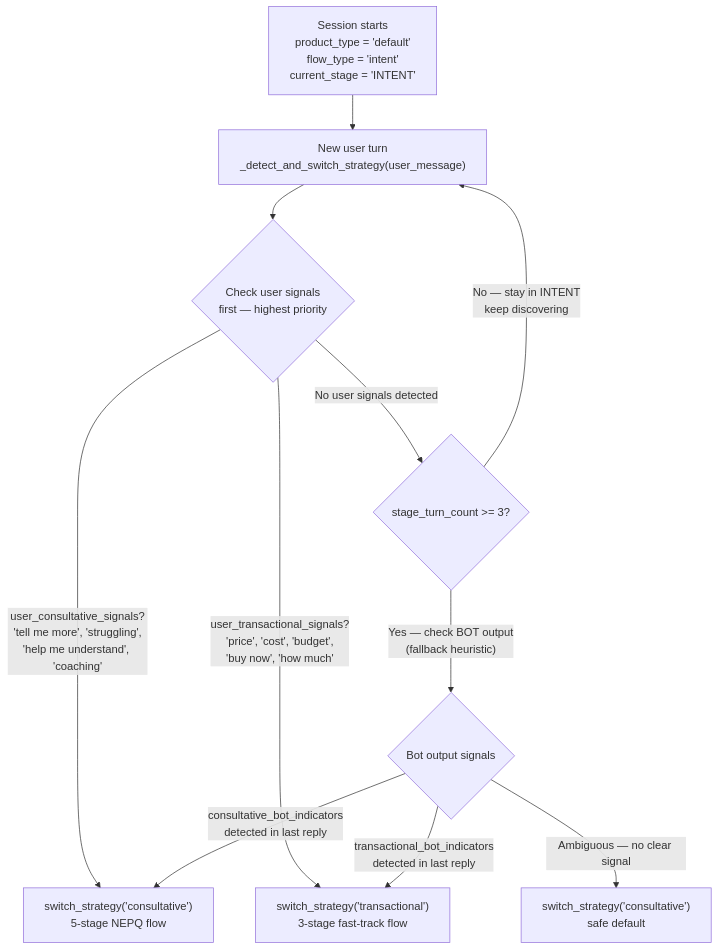
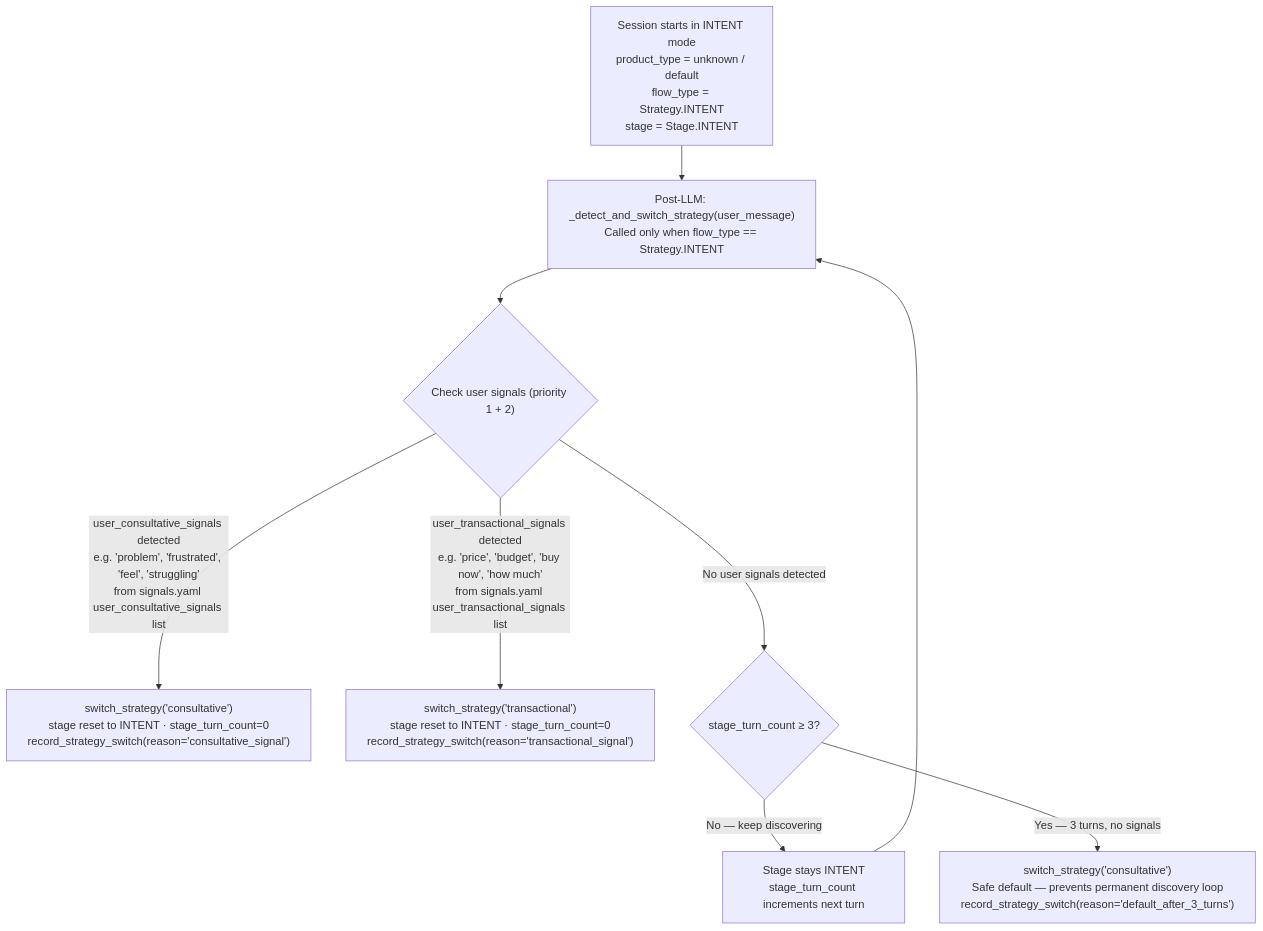
The ninth of 10 diagrams in Documentation/ARCHITECTURE_CONSOLIDATED.md (shaf-aston/FYP-sales-training-tool), drawn with Mermaid before and after one commit. The commit also changed other lines of this file and 51 other files, not shown here.

Commit message:
Prospect, session, and voice routes in voice.py; implement voice mode functionality

````diff
--- a/Documentation/ARCHITECTURE_CONSOLIDATED.md
+++ b/Documentation/ARCHITECTURE_CONSOLIDATED.md
@@ -1187,22 +1244,34 @@
 ```mermaid
 flowchart TD
-    START["Session starts\nproduct_type = 'default'\nflow_type = 'intent'\ncurrent_stage = 'INTENT'"] --> TURN
+    START["Session starts in INTENT mode
+product_type = unknown / default
+flow_type = Strategy.INTENT
+stage = Stage.INTENT"] --> TURN
 
-    TURN["New user turn\n_detect_and_switch_strategy(user_message)"]
+    TURN["Post-LLM: _detect_and_switch_strategy(user_message)
+Called only when flow_type == Strategy.INTENT"]
 
-    TURN --> UCS{Check user signals\nfirst — highest priority}
+    TURN --> UCS{"Check user signals (priority 1 + 2)"}
 
-    UCS -->|"user_consultative_signals?\n'tell me more', 'struggling',\n'help me understand', 'coaching'"| CONS["switch_strategy('consultative')\n5-stage NEPQ flow"]
+    UCS -->|"user_consultative_signals detected
+e.g. 'problem', 'frustrated', 'feel', 'struggling'
+from signals.yaml user_consultative_signals list"| CONS["switch_strategy('consultative')
+stage reset to INTENT · stage_turn_count=0
+record_strategy_switch(reason='consultative_signal')"]
 
-    UCS -->|"user_transactional_signals?\n'price', 'cost', 'budget',\n'buy now', 'how much'"| TRANS["switch_strategy('transactional')\n3-stage fast-track flow"]
+    UCS -->|"user_transactional_signals detected
+e.g. 'price', 'budget', 'buy now', 'how much'
+from signals.yaml user_transactional_signals list"| TRANS["switch_strategy('transactional')
+stage reset to INTENT · stage_turn_count=0
+record_strategy_switch(reason='transactional_signal')"]
 
-    UCS -->|"No user signals detected"| TURNS3{stage_turn_count >= 3?}
+    UCS -->|"No user signals detected"| TURNS3{"stage_turn_count ≥ 3?"}
 
-    TURNS3 -->|"No — stay in INTENT\nkeep discovering"| TURN
+    TURNS3 -->|"No — keep discovering"| STAY["Stage stays INTENT
+stage_turn_count increments next turn"]
+    STAY --> TURN
 
-    TURNS3 -->|"Yes — check BOT output\n(fallback heuristic)"| BOT{Bot output signals}
-
-    BOT -->|"consultative_bot_indicators\ndetected in last reply"| CONS
-    BOT -->|"transactional_bot_indicators\ndetected in last reply"| TRANS
-    BOT -->|"Ambiguous — no clear signal"| DEFAULT["switch_strategy('consultative')\nsafe default"]
+    TURNS3 -->|"Yes — 3 turns, no signals"| DEFAULT["switch_strategy('consultative')
+Safe default — prevents permanent discovery loop
+record_strategy_switch(reason='default_after_3_turns')"]
 ```
````
